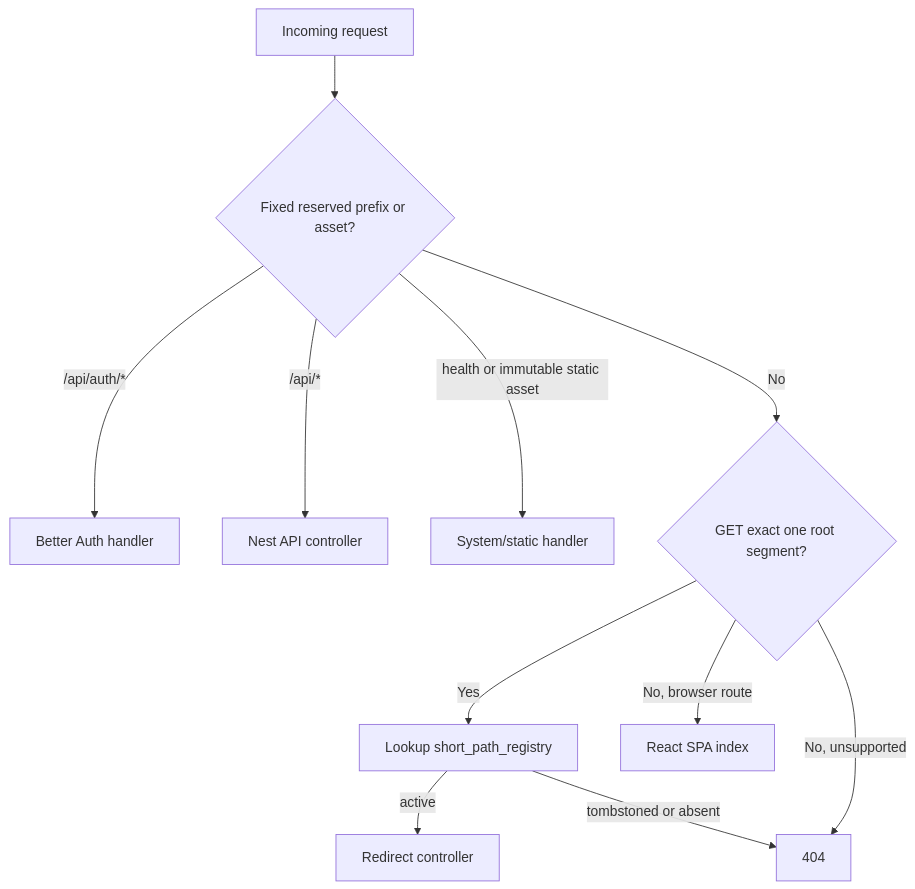
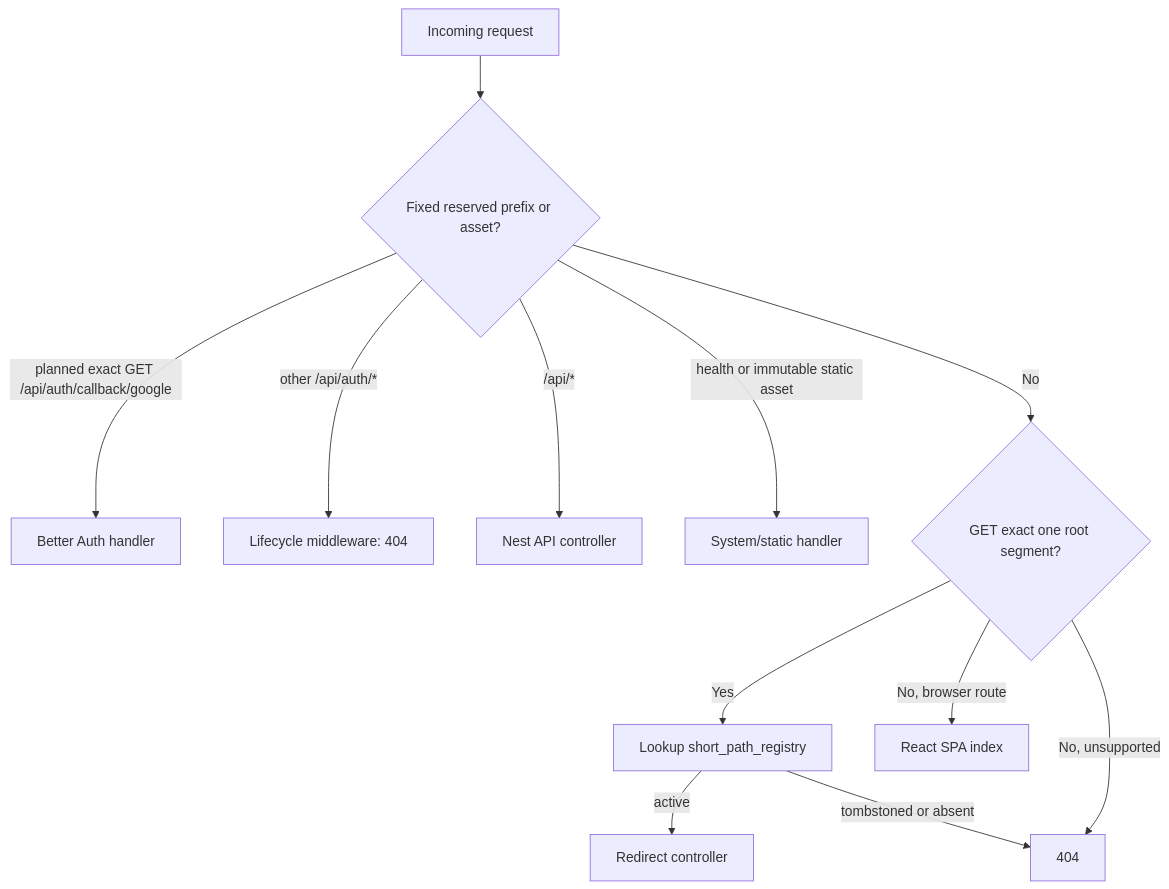
One commit to AnLap2793/url_shortener_system changed the fourth of 8 diagrams in _bmad-output/planning-artifacts/architecture/architecture-url_shortener_system-2026-07-19/C4-DIAGRAMS.md. Above: the diagram before and after it, drawn with Mermaid. The commit also changed other lines of this file and 33 other files, not shown here.

````diff
--- a/_bmad-output/planning-artifacts/architecture/architecture-url_shortener_system-2026-07-19/C4-DIAGRAMS.md
+++ b/_bmad-output/planning-artifacts/architecture/architecture-url_shortener_system-2026-07-19/C4-DIAGRAMS.md
@@ -90,13 +92,14 @@
 ```mermaid
 flowchart TD
     Request[Incoming request] --> Reserved{Fixed reserved prefix or asset?}
-    Reserved -->|/api/auth/*| Auth[Better Auth handler]
+    Reserved -->|planned exact GET /api/auth/callback/google| Auth[Better Auth handler]
+    Reserved -->|other /api/auth/*| Denied[Lifecycle middleware: 404]
     Reserved -->|/api/*| Api[Nest API controller]
     Reserved -->|health or immutable static asset| System[System/static handler]
     Reserved -->|No| ShortPath{GET exact one root segment?}
     ShortPath -->|Yes| Registry[Lookup short_path_registry]
     Registry -->|active| Redirect[Redirect controller]
     Registry -->|tombstoned or absent| NotFound[404]
     ShortPath -->|No, browser route| Spa[React SPA index]
     ShortPath -->|No, unsupported| NotFound
 ```
````
